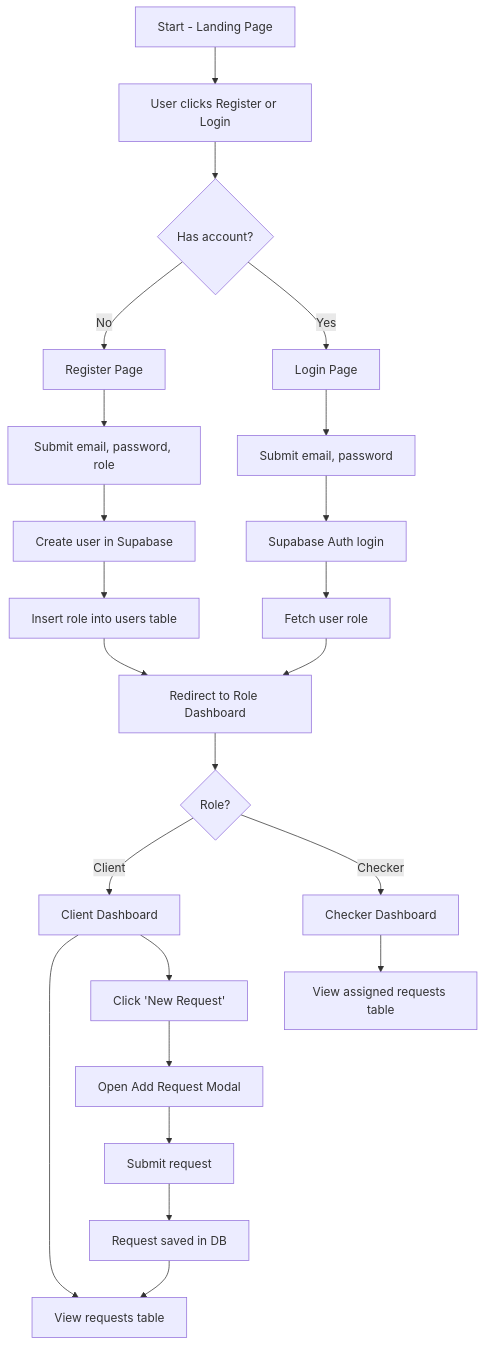
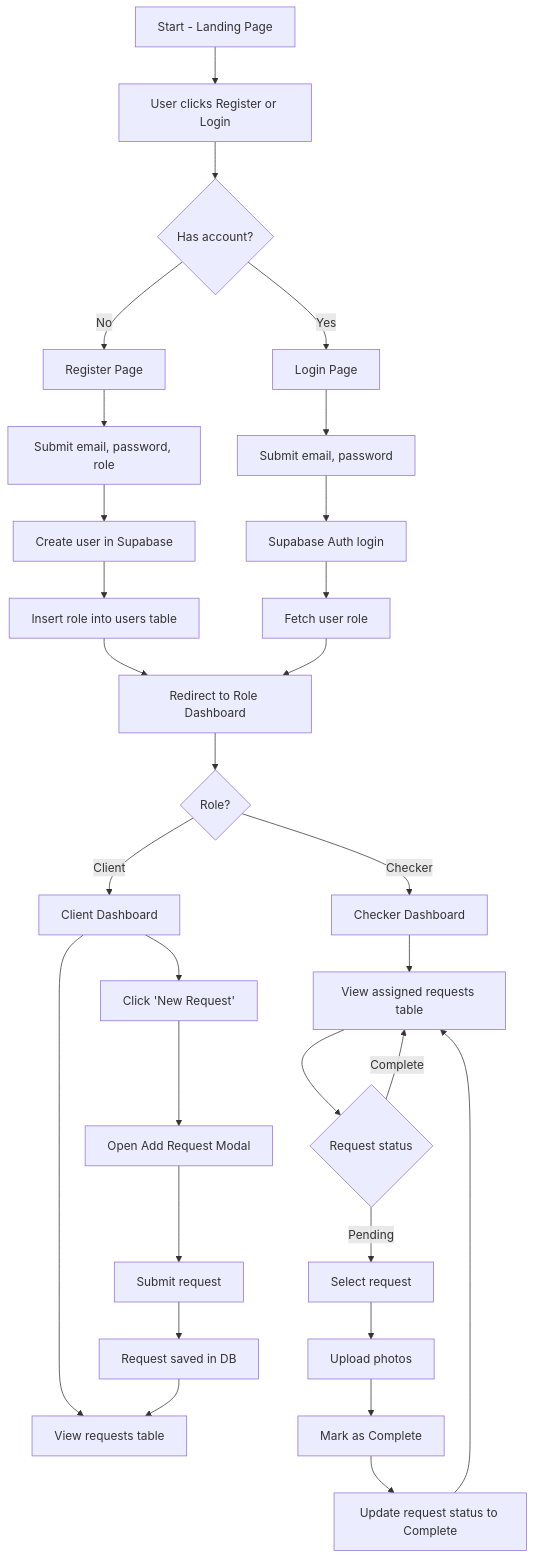
The diagram in auth-diagram.md (stavthal/check4me-web), drawn with Mermaid before and after one commit. The commit also changed 1 other file, not shown here.

Commit message:
feat: upload photos modal

````diff
--- a/auth-diagram.md
+++ b/auth-diagram.md
@@ -1,28 +1,35 @@
 ```mermaid
 flowchart TD
   A[Start - Landing Page] --> B[User clicks Register or Login]
   B --> C{Has account?}
   C -- No --> D[Register Page]
   D --> E[Submit email, password, role]
   E --> F[Create user in Supabase]
   F --> G[Insert role into users table]
   G --> H[Redirect to Role Dashboard]
 
   C -- Yes --> I[Login Page]
   I --> J[Submit email, password]
   J --> K[Supabase Auth login]
   K --> L[Fetch user role]
   L --> H
 
   H --> M{Role?}
   M -- Client --> N[Client Dashboard]
   N --> O[View requests table]
   N --> P[Click 'New Request']
   P --> Q[Open Add Request Modal]
   Q --> R[Submit request]
   R --> S[Request saved in DB]
   S --> O
 
   M -- Checker --> T[Checker Dashboard]
   T --> U[View assigned requests table]
+  U --> V{Request status}
+  V -- Pending --> W[Select request]
+  W --> X[Upload photos]
+  X --> Y[Mark as Complete]
+  Y --> Z[Update request status to Complete]
+  Z --> U
+  V -- Complete --> U
 ```
````
